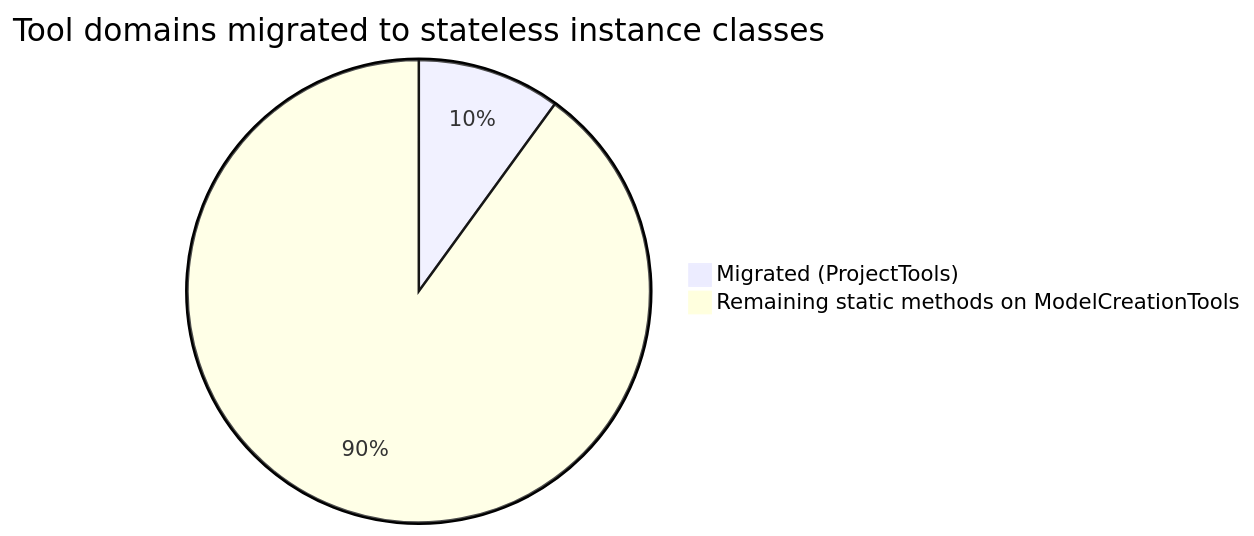
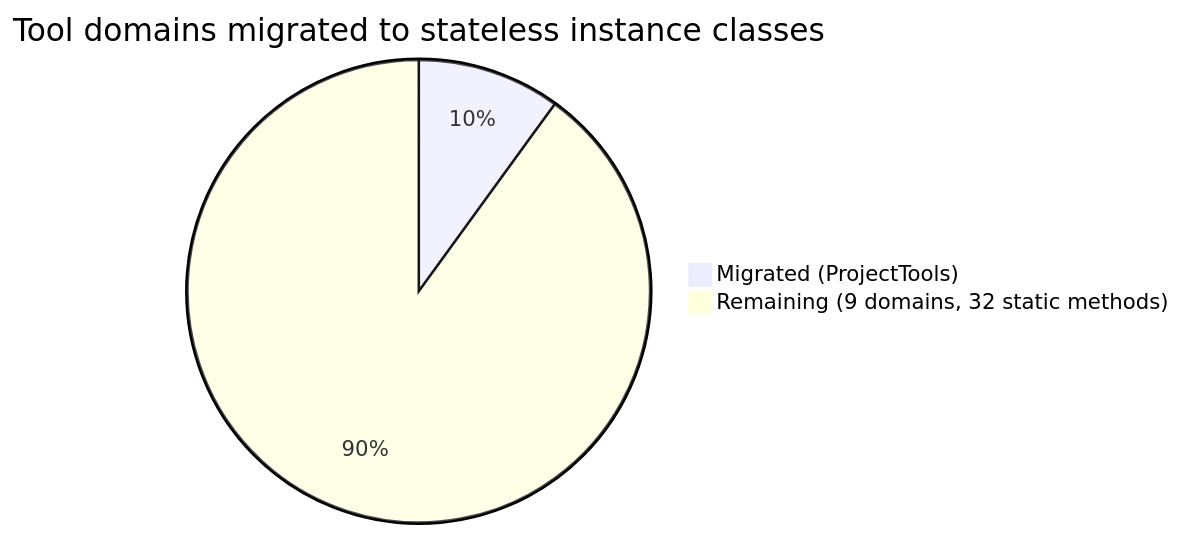
One commit to hni-ase/SysMLV2-mcp changed the fifth of 5 diagrams in AGENTS.md. Above: the diagram before and after it, drawn with Mermaid. The commit also changed other lines of this file, not shown here.

First line of the commit message:
docs: update AGENTS.md mermaid diagrams and layout for project rename

````diff
--- a/AGENTS.md
+++ b/AGENTS.md
@@ -343,5 +349,5 @@
 ```mermaid
 pie title Tool domains migrated to stateless instance classes
     "Migrated (ProjectTools)" : 1
-    "Remaining static methods on ModelCreationTools" : 9
+    "Remaining (9 domains, 32 static methods)" : 9
 ```
````
